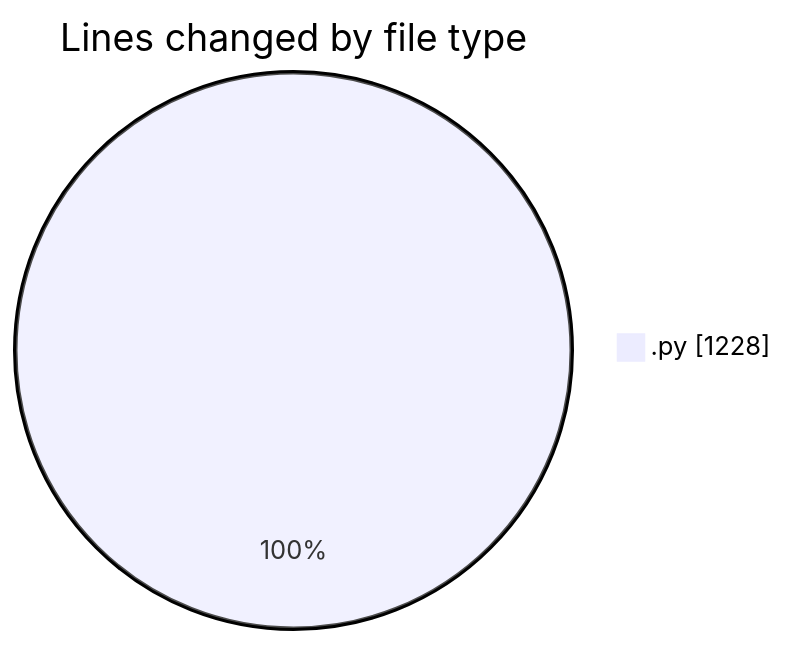
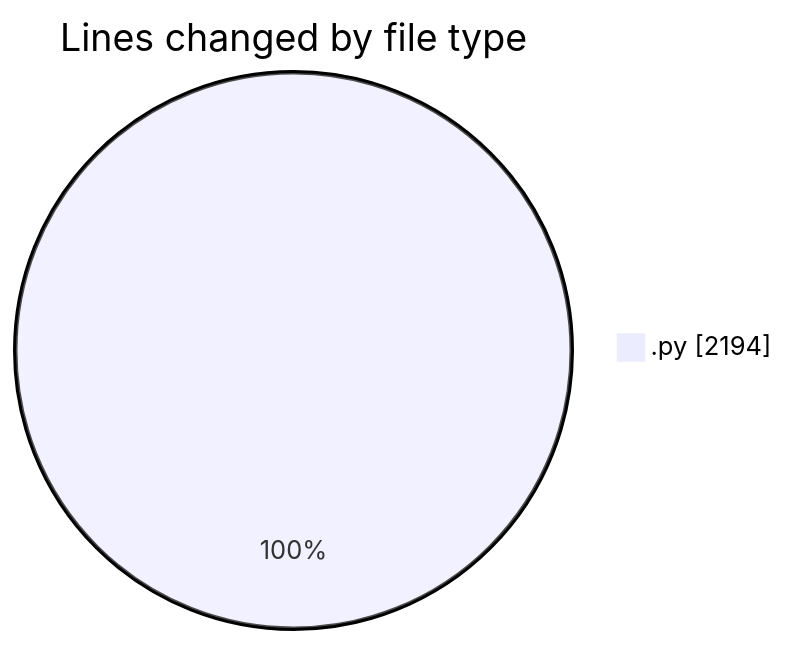
Before and after one commit to MatusMokan/code-tracking: the first of 2 diagrams in 2025-03-01/myws__workspace_/README.md, drawn with Mermaid. The commit also changed other lines of this file and 1 other file, not shown here.

````diff
--- a/2025-03-01/myws__workspace_/README.md
+++ b/2025-03-01/myws__workspace_/README.md
@@ -22,5 +23,5 @@
 ```mermaid
 pie showData
 title Lines changed by file type
-".py" : 1228
+".py" : 2194
 ```
````
